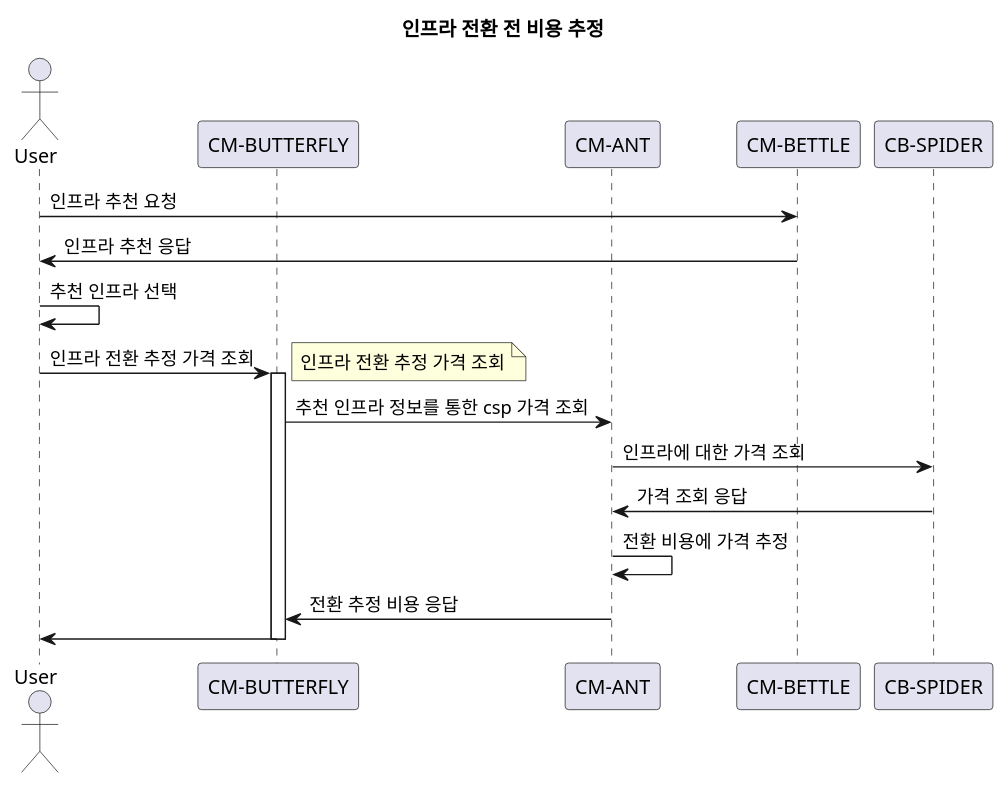
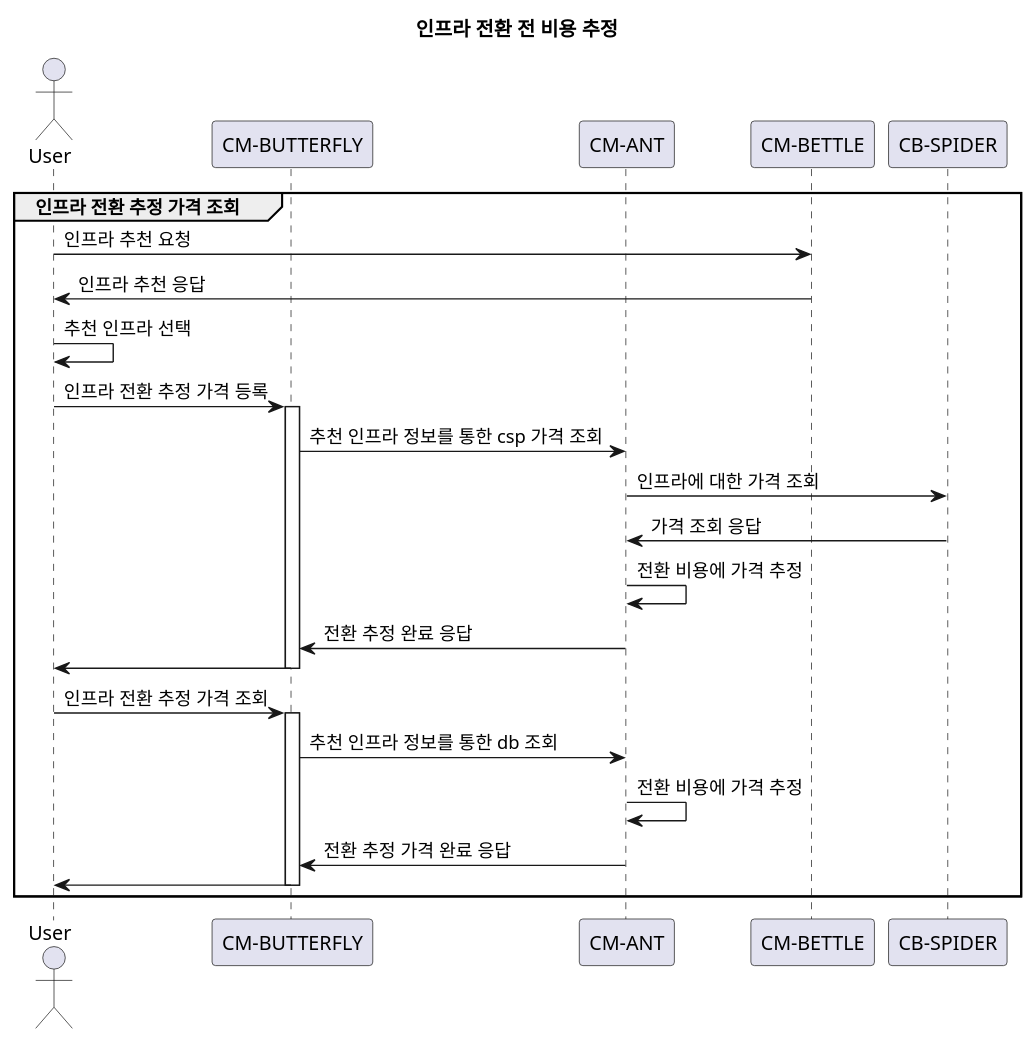
The diagram in cmigrator/cm-ant/costEstimation_before.plantUML (MZC-CSC/uml), drawn with PlantUML before and after one commit. The commit also changed 2 other files, not shown here.

Commit message:
update perf and cost evaluation framework sequence flow

```diff
--- a/cmigrator/cm-ant/costEstimation_before.plantUML
+++ b/cmigrator/cm-ant/costEstimation_before.plantUML
@@ -1,29 +1,34 @@
 @startuml
 
 title "인프라 전환 전 비용 추정"
 
 actor User as EndUser
 
 participant "CM-BUTTERFLY" as butterfly
 participant "CM-ANT" as ant
 participant "CM-BETTLE" as beetle
 participant "CB-SPIDER" as spider
 
-
+group 인프라 전환 추정 가격 조회
     EndUser -> beetle : 인프라 추천 요청
     EndUser <- beetle : 인프라 추천 응답
     EndUser -> EndUser: 추천 인프라 선택
 
-EndUser     -> butterfly ++: 인프라 전환 추정 가격 조회
-    note right
-        인프라 전환 추정 가격 조회
-    end note
+    EndUser     -> butterfly ++: 인프라 전환 추정 가격 등록
 
     butterfly -> ant : 추천 인프라 정보를 통한 csp 가격 조회
     ant -> spider : 인프라에 대한 가격 조회
     ant <- spider : 가격 조회 응답
     ant -> ant : 전환 비용에 가격 추정
-    butterfly <- ant : 전환 추정 비용 응답
-EndUser     <- butterfly --:
+    butterfly <- ant : 전환 추정 완료 응답
+    EndUser     <- butterfly --:
+    EndUser     -> butterfly ++: 인프라 전환 추정 가격 조회
+
+    butterfly -> ant : 추천 인프라 정보를 통한 db 조회
+    ant -> ant : 전환 비용에 가격 추정
+    butterfly <- ant : 전환 추정 가격 완료 응답
+    EndUser     <- butterfly --:
+
+end
 
 @enduml
```
